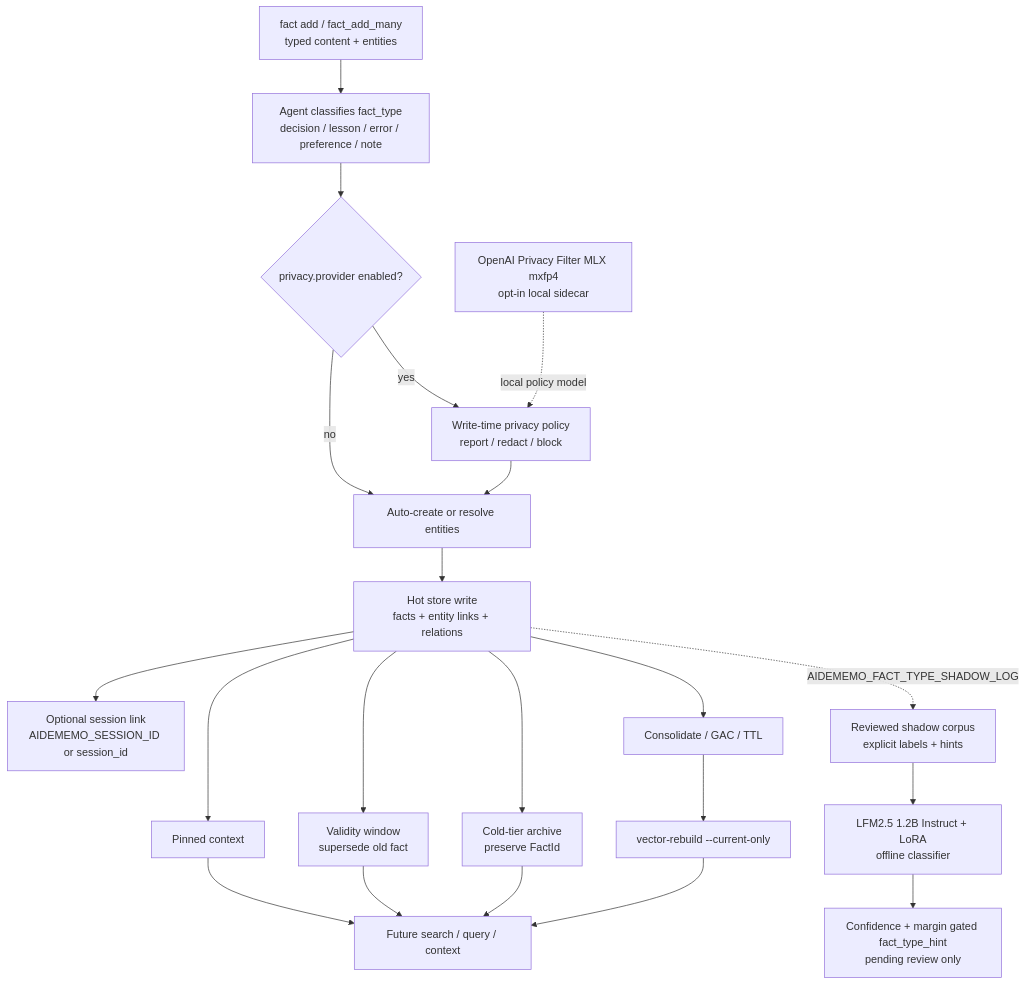
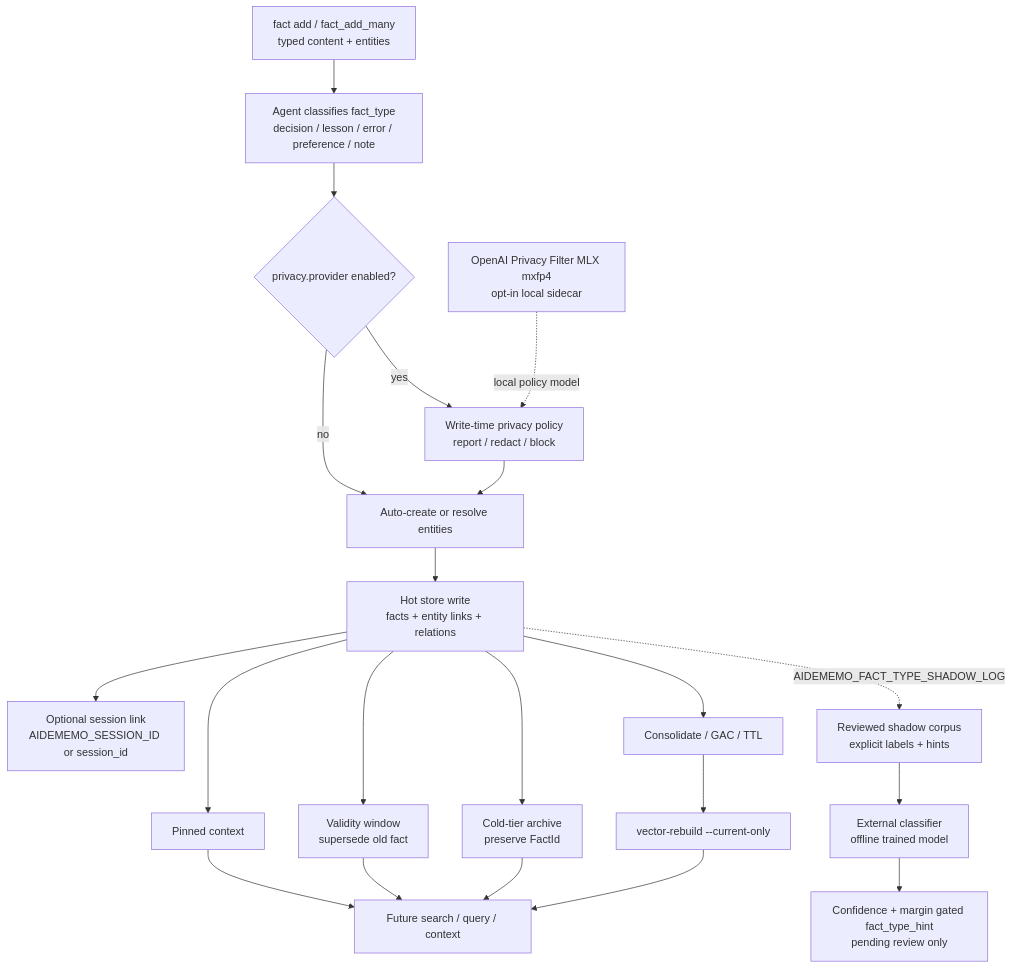
Before and after one commit to taeyun16/aidememo: the third of 4 diagrams in docs/ARCHITECTURE.md, drawn with Mermaid. The commit also changed other lines of this file and 38 other files, not shown here.

````diff
--- a/docs/ARCHITECTURE.md
+++ b/docs/ARCHITECTURE.md
@@ -167,38 +163,38 @@
 ```mermaid
 flowchart TD
   fact["fact add / fact_add_many<br/>typed content + entities"]
   classify["Agent classifies fact_type<br/>decision / lesson / error / preference / note"]
   privacy_gate{"privacy.provider enabled?"}
   privacy["Write-time privacy policy<br/>report / redact / block"]
   privacy_model["OpenAI Privacy Filter MLX mxfp4<br/>opt-in local sidecar"]
   entities["Auto-create or resolve entities"]
   hot["Hot store write<br/>facts + entity links + relations"]
   session["Optional session link<br/>AIDEMEMO_SESSION_ID or session_id"]
   pin["Pinned context"]
   supersede["Validity window<br/>supersede old fact"]
   archive["Cold-tier archive<br/>preserve FactId"]
   consolidate["Consolidate / GAC / TTL"]
   rebuild["vector-rebuild --current-only"]
   read["Future search / query / context"]
   shadow["Reviewed shadow corpus<br/>explicit labels + hints"]
-  lfm_type["LFM2.5 1.2B Instruct + LoRA<br/>offline classifier"]
+  external_classifier["External classifier<br/>offline trained model"]
   hint["Confidence + margin gated fact_type_hint<br/>pending review only"]
 
   fact --> classify --> privacy_gate
   privacy_gate -->|no| entities
   privacy_gate -->|yes| privacy --> entities
   privacy_model -. "local policy model" .-> privacy
   entities --> hot
   hot --> session
   hot --> pin
   hot --> supersede
   hot --> archive
   hot --> consolidate
   consolidate --> rebuild
   pin --> read
   supersede --> read
   archive --> read
   rebuild --> read
   hot -. "AIDEMEMO_FACT_TYPE_SHADOW_LOG" .-> shadow
-  shadow --> lfm_type --> hint
+  shadow --> external_classifier --> hint
 ```
````
